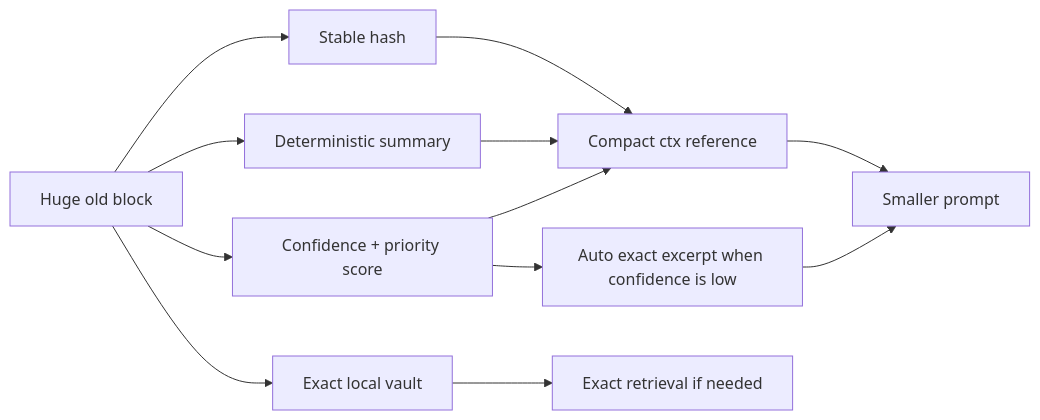
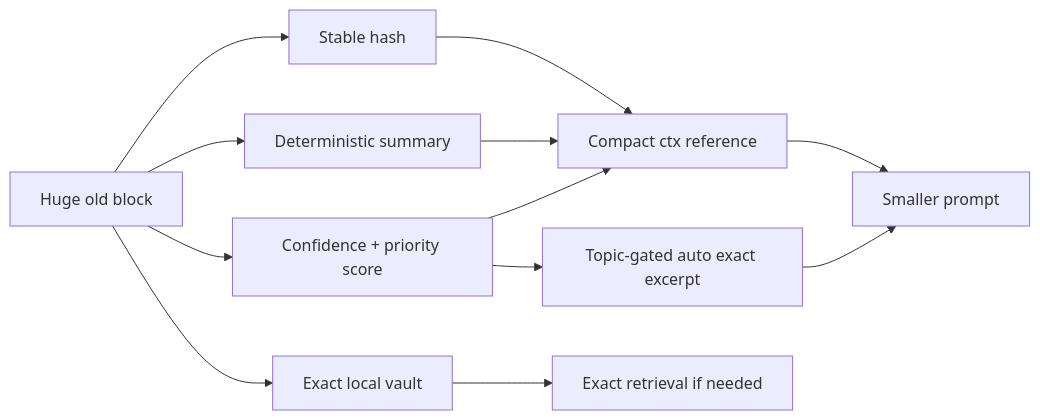
The third of 12 diagrams in HALLUCINATION_MITIGATION.md (icedmoca/neura), drawn with Mermaid before and after one commit. The commit also changed other lines of this file and 2 other files, not shown here.

````diff
--- a/HALLUCINATION_MITIGATION.md
+++ b/HALLUCINATION_MITIGATION.md
@@ -68,14 +68,14 @@
 ```mermaid
 flowchart LR
     Big[Huge old block] --> Hash[Stable hash]
     Big --> Summary[Deterministic summary]
     Big --> Score[Confidence + priority score]
     Big --> Vault[Exact local vault]
     Hash --> Ctx[Compact ctx reference]
     Summary --> Ctx
     Score --> Ctx
-    Score --> Auto[Auto exact excerpt when confidence is low]
+    Score --> Auto[Topic-gated auto exact excerpt]
     Ctx --> Prompt[Smaller prompt]
     Auto --> Prompt
     Vault --> Rehydrate[Exact retrieval if needed]
 ```
````
